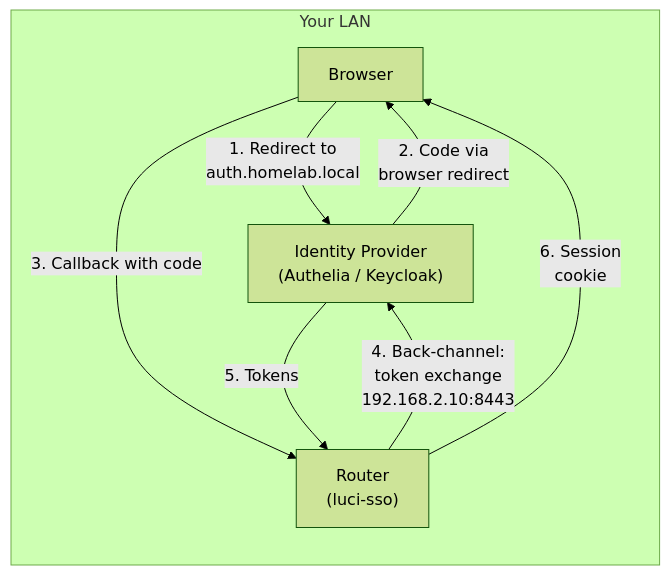
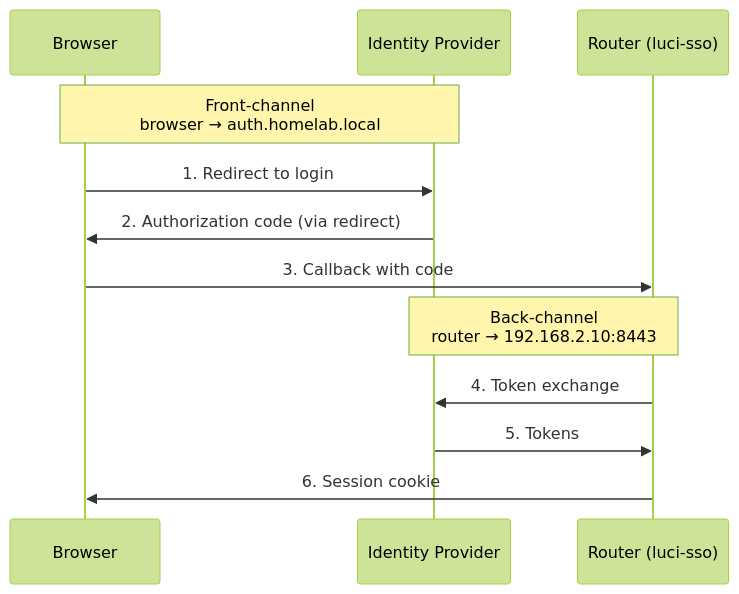
The diagram in docs/how-to/sysadmin/split-horizon.md (m00qek/luci-sso), drawn with Mermaid (forest theme) before and after one commit. The commit also changed other lines of this file and 11 other files, not shown here.

````diff
--- a/docs/how-to/sysadmin/split-horizon.md
+++ b/docs/how-to/sysadmin/split-horizon.md
@@ -15,15 +15,17 @@
 ```mermaid
-flowchart LR
-    subgraph LAN["Your LAN"]
-        B["Browser"]
-        R["Router\n(luci-sso)"]
-        I["Identity Provider\n(Authelia / Keycloak)"]
-    end
+sequenceDiagram
+    participant B as Browser
+    participant I as Identity Provider
+    participant R as Router (luci-sso)
 
-    B -- "1. Redirect to\nauth.homelab.local" --> I
-    I -- "2. Code via\nbrowser redirect" --> B
-    B -- "3. Callback with code" --> R
-    R -- "4. Back-channel:\ntoken exchange\n192.168.2.10:8443" --> I
-    I -- "5. Tokens" --> R
-    R -- "6. Session\ncookie" --> B
+    note over B,I: Front-channel<br/>browser → auth.homelab.local
+    B->>I: 1. Redirect to login
+    I->>B: 2. Authorization code (via redirect)
+    B->>R: 3. Callback with code
+
+    note over R,I: Back-channel<br/>router → 192.168.2.10:8443
+    R->>I: 4. Token exchange
+    I->>R: 5. Tokens
+
+    R->>B: 6. Session cookie
 ```
````
